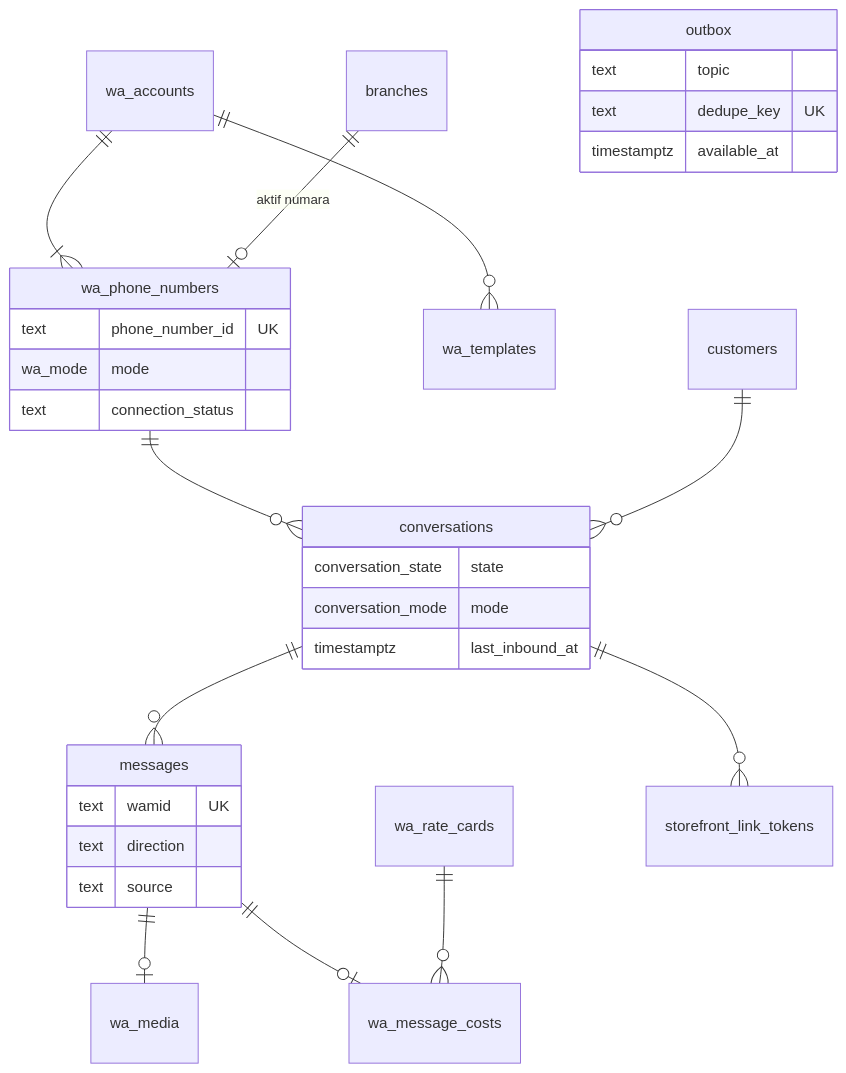
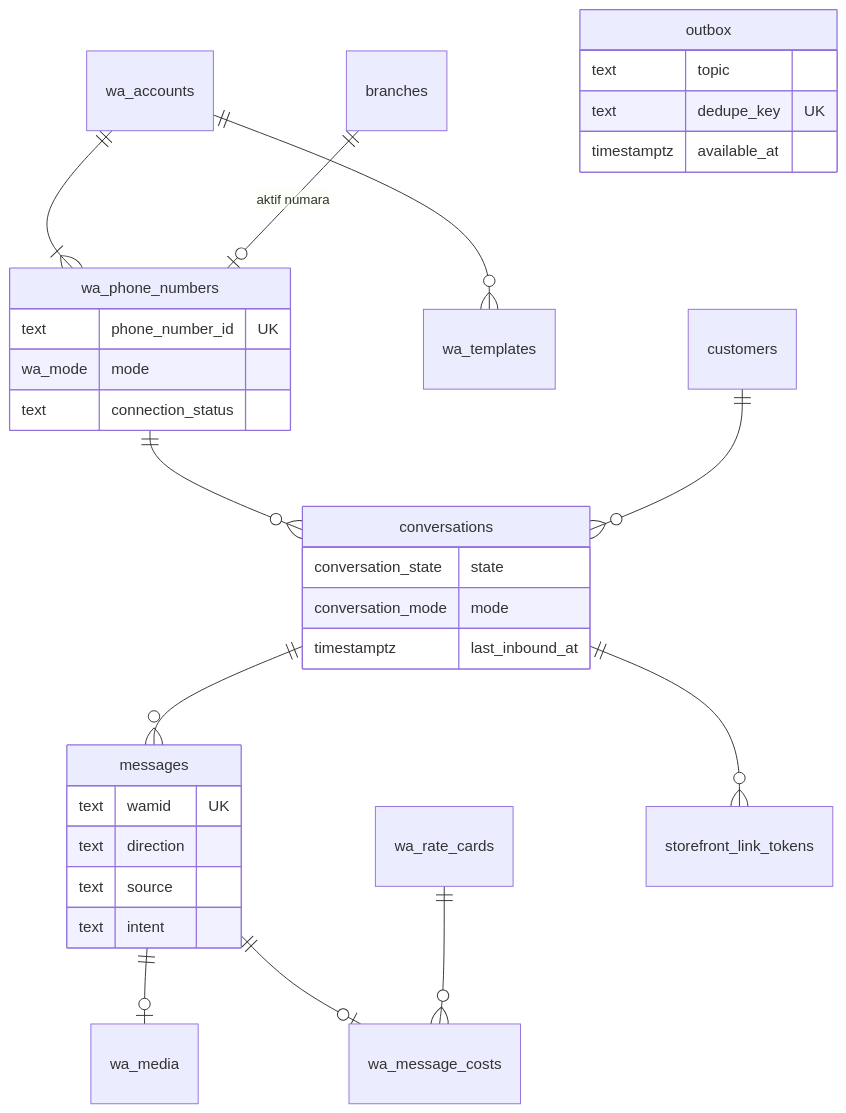
One commit to eraycaylak/siparisinonunde changed the fourth of 10 diagrams in docs/07-veri-modeli-ve-api.md. Above: the diagram before and after it, drawn with Mermaid. The commit also changed other lines of this file and 10 other files, not shown here.

````diff
--- a/docs/07-veri-modeli-ve-api.md
+++ b/docs/07-veri-modeli-ve-api.md
@@ -208,33 +218,34 @@
 ```mermaid
 erDiagram
   wa_accounts ||--|{ wa_phone_numbers : ""
   branches ||--o| wa_phone_numbers : "aktif numara"
   wa_accounts ||--o{ wa_templates : ""
   wa_phone_numbers ||--o{ conversations : ""
   customers ||--o{ conversations : ""
   conversations ||--o{ messages : ""
   messages ||--o| wa_media : ""
   messages ||--o| wa_message_costs : ""
   wa_rate_cards ||--o{ wa_message_costs : ""
   conversations ||--o{ storefront_link_tokens : ""
   wa_phone_numbers {
     text phone_number_id UK
     wa_mode mode
     text connection_status
   }
   conversations {
     conversation_state state
     conversation_mode mode
     timestamptz last_inbound_at
   }
   messages {
     text wamid UK
     text direction
     text source
+    text intent
   }
   outbox {
     text topic
     text dedupe_key UK
     timestamptz available_at
   }
 ```
````
